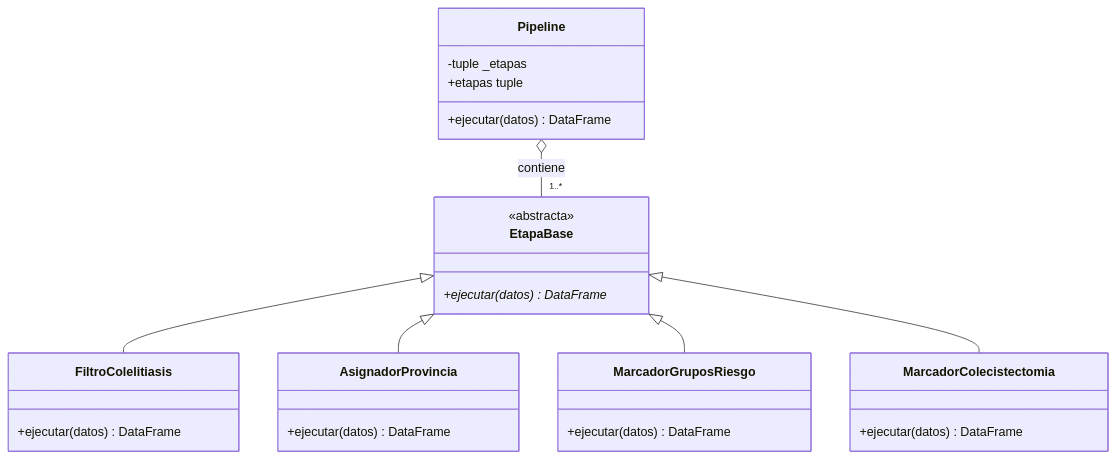
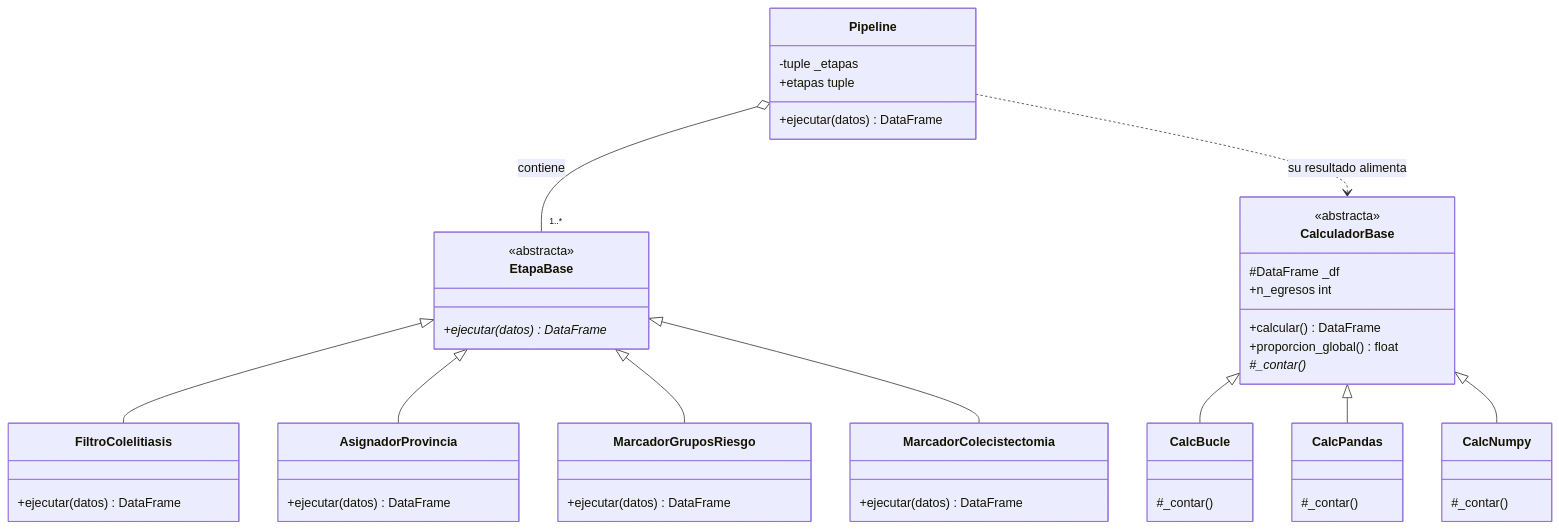
Before and after one commit to PaulaBecerraV/proyecto-grupo2-mcdi500: the diagram in docs/arquitectura_f3.md, drawn with Mermaid. The commit also changed other lines of this file, not shown here.

Commit message:
docs: agrega las clases de proporciones al diagrama de arquitectura

````diff
--- a/docs/arquitectura_f3.md
+++ b/docs/arquitectura_f3.md
@@ -5,37 +5,62 @@
 ```mermaid
 classDiagram
     direction TB
 
     class EtapaBase {
         <<abstracta>>
         +ejecutar(datos) DataFrame*
     }
 
     class Pipeline {
         -tuple _etapas
         +etapas tuple
         +ejecutar(datos) DataFrame
     }
 
     class FiltroColelitiasis {
         +ejecutar(datos) DataFrame
     }
 
     class AsignadorProvincia {
         +ejecutar(datos) DataFrame
     }
 
     class MarcadorGruposRiesgo {
         +ejecutar(datos) DataFrame
     }
 
     class MarcadorColecistectomia {
         +ejecutar(datos) DataFrame
     }
 
+    class CalculadorBase {
+        <<abstracta>>
+        #DataFrame _df
+        +n_egresos int
+        +calcular() DataFrame
+        +proporcion_global() float
+        #_contar()*
+    }
+
+    class CalcBucle {
+        #_contar()
+    }
+
+    class CalcPandas {
+        #_contar()
+    }
+
+    class CalcNumpy {
+        #_contar()
+    }
+
     EtapaBase <|-- FiltroColelitiasis
     EtapaBase <|-- AsignadorProvincia
     EtapaBase <|-- MarcadorGruposRiesgo
     EtapaBase <|-- MarcadorColecistectomia
     Pipeline o-- "1..*" EtapaBase : contiene
+    CalculadorBase <|-- CalcBucle
+    CalculadorBase <|-- CalcPandas
+    CalculadorBase <|-- CalcNumpy
+    Pipeline ..> CalculadorBase : su resultado alimenta
 ```
````
